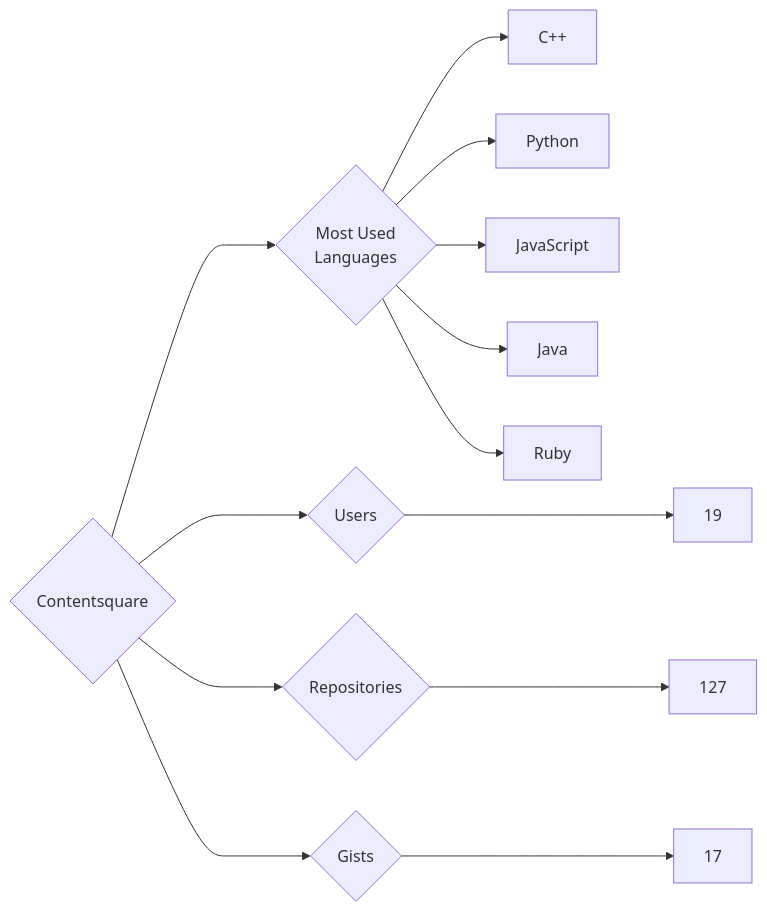
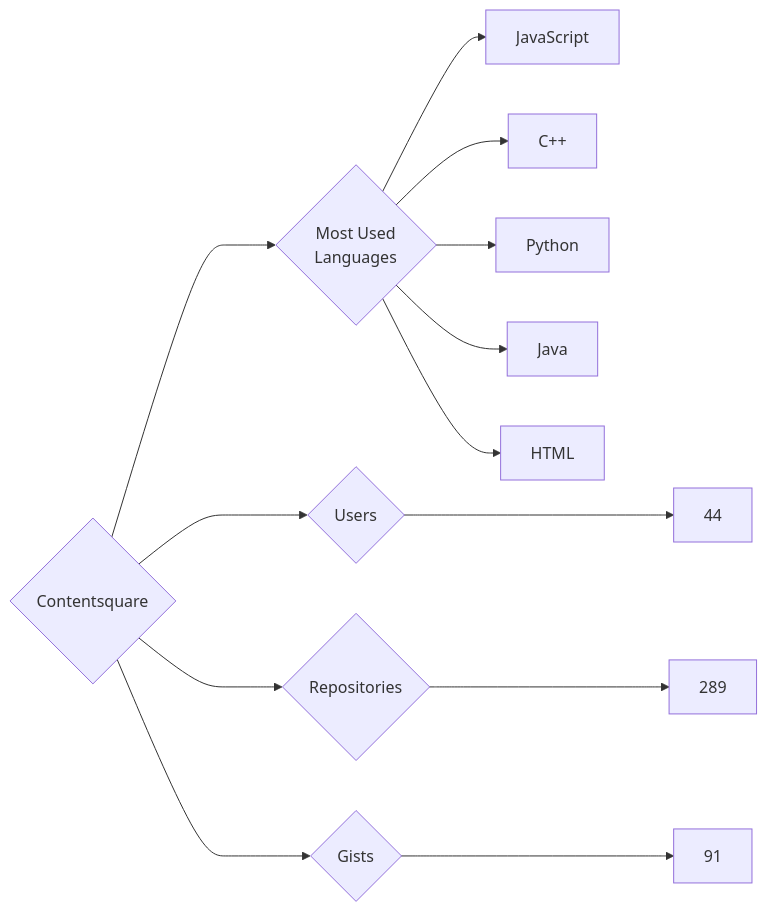
The diagram in targets/Contentsquare/README.md (trickest/insiders), drawn with Mermaid before and after one commit. The commit also changed 611 other files, not shown here.

````diff
--- a/targets/Contentsquare/README.md
+++ b/targets/Contentsquare/README.md
@@ -3,13 +3,13 @@
 ```mermaid
 graph LR
 COMPANY_NAME{Contentsquare}
-COMPANY_NAME ---> U{Users} ---> UN[19]
-COMPANY_NAME ---> R{Repositories} ---> RN[127]
-COMPANY_NAME ---> G{Gists} ---> GN[17]
+COMPANY_NAME ---> U{Users} ---> UN[44]
+COMPANY_NAME ---> R{Repositories} ---> RN[289]
+COMPANY_NAME ---> G{Gists} ---> GN[91]
 COMPANY_NAME ---> ML{Most Used<br>Languages}
+ML --> JavaScript[JavaScript]
 ML --> C++[C++]
 ML --> Python[Python]
-ML --> JavaScript[JavaScript]
 ML --> Java[Java]
-ML --> Ruby[Ruby]
+ML --> HTML[HTML]
 ```
````
